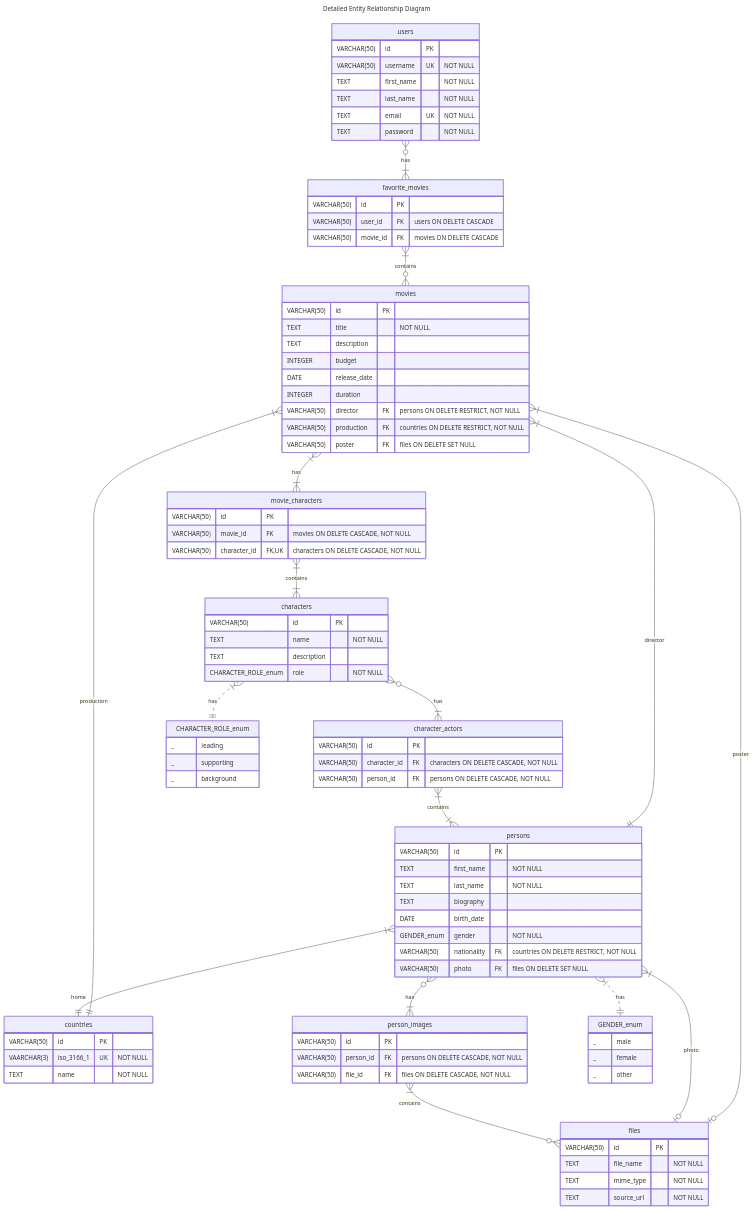
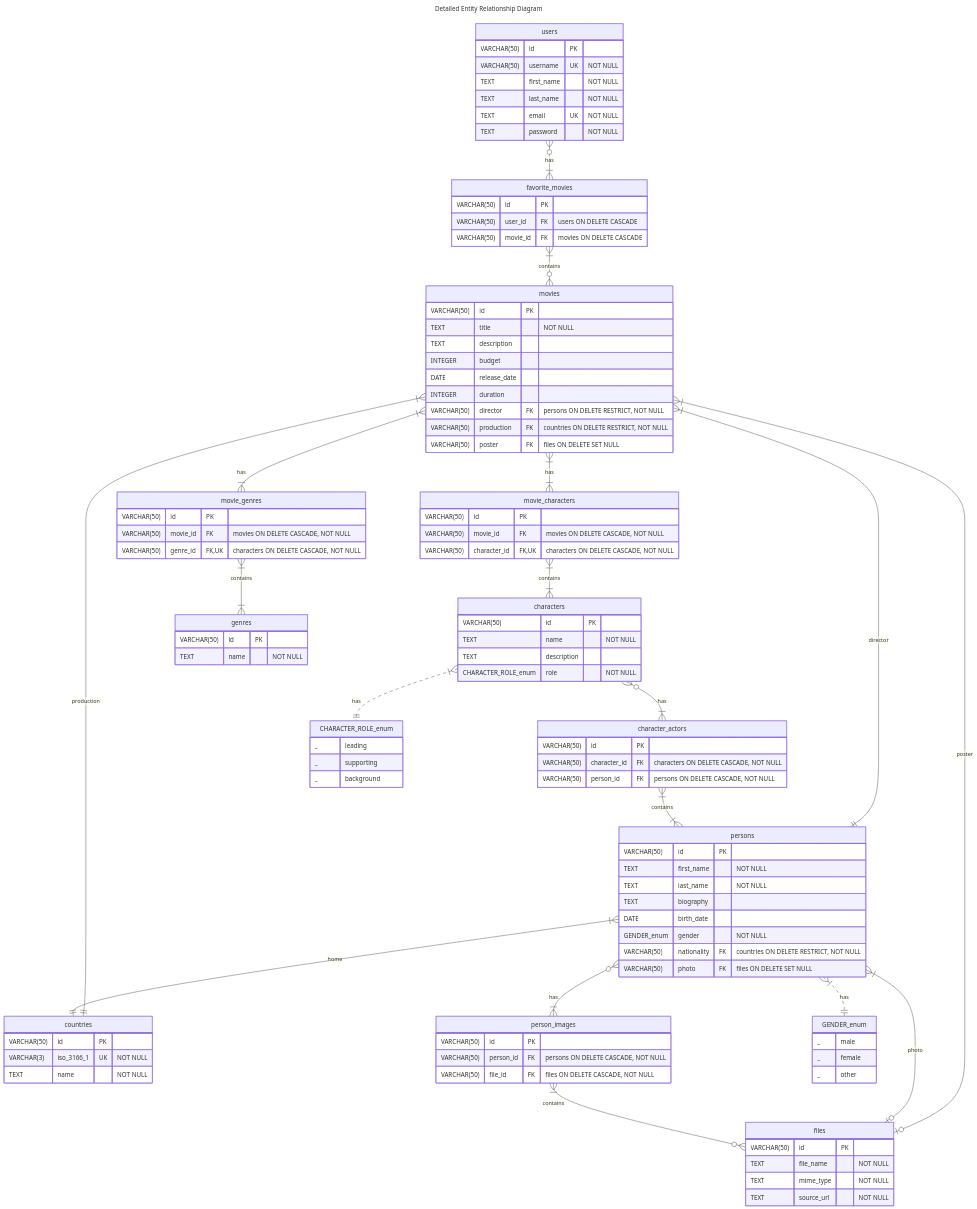
The second of 2 diagrams in README.md (KeidsID/bsa-2024-db-sql), drawn with Mermaid before and after one commit. The commit also changed other lines of this file and 2 other files, not shown here.

Commit message:
feat(sql/data): add missing genres

````diff
--- a/README.md
+++ b/README.md
@@ -43,6 +45,8 @@
   movies }|--o| files : poster
   movies }|--|{ movie_characters : has
   movie_characters }|--|{ characters : contains
+  movies }|--|{ movie_genres : has
+  movie_genres }|--|{ genres : contains
 
   persons }|--|| countries : home
   persons }|--o| files : photo
@@ -89,6 +93,11 @@
     VARCHAR(50) movie_id FK "movies ON DELETE CASCADE, NOT NULL"
     VARCHAR(50) character_id FK,UK "characters ON DELETE CASCADE, NOT NULL"
   }
+  movie_genres {
+    VARCHAR(50) id PK
+    VARCHAR(50) movie_id FK "movies ON DELETE CASCADE, NOT NULL"
+    VARCHAR(50) genre_id FK,UK "characters ON DELETE CASCADE, NOT NULL"
+  }
 
   enum_cr[CHARACTER_ROLE_enum] {
     _ leading
@@ -132,7 +141,12 @@
 
   countries {
     VARCHAR(50) id PK
-    VAARCHAR(3) iso_3166_1 UK "NOT NULL"
+    VARCHAR(3) iso_3166_1 UK "NOT NULL"
+    TEXT name "NOT NULL"
+  }
+
+  genres {
+    VARCHAR(50) id PK
     TEXT name "NOT NULL"
   }
 ```
````
